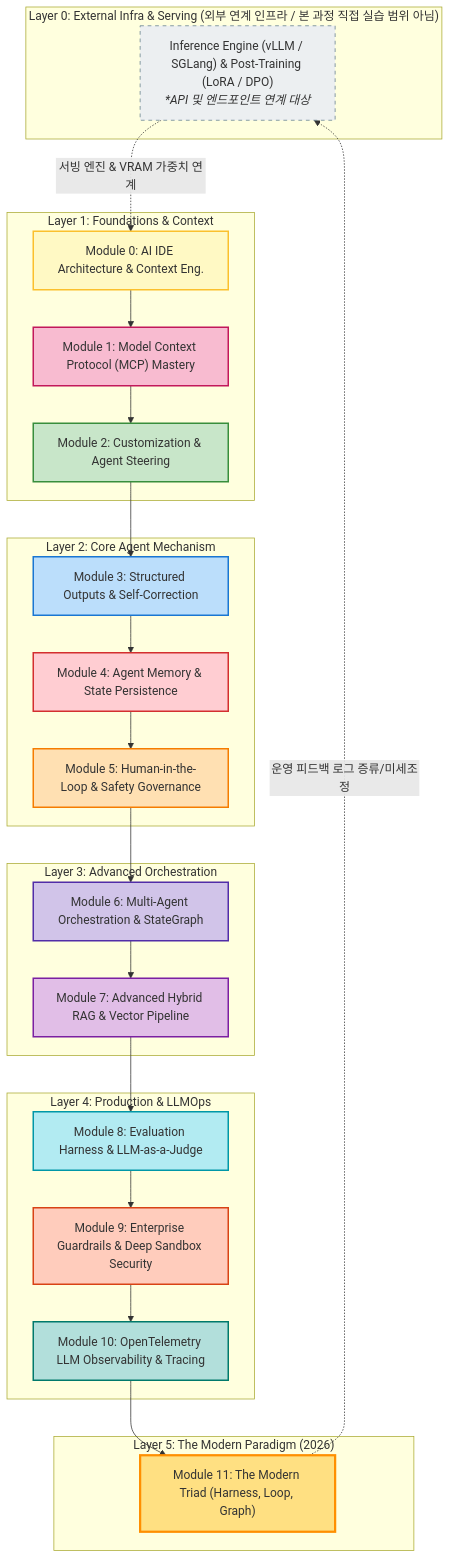
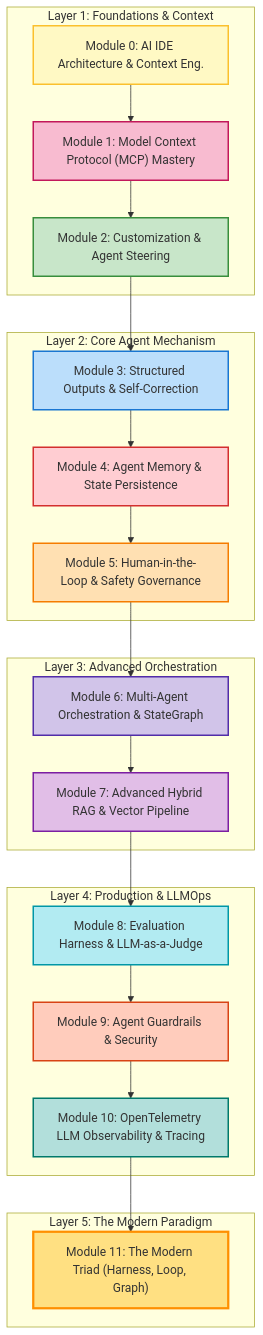
Before and after one commit to eooiea/AI-Engineering: the diagram in README.md, drawn with Mermaid. The commit also changed other lines of this file and 1 other file, not shown here.

````diff
--- a/README.md
+++ b/README.md
@@ -22,51 +21,44 @@
 ```mermaid
 graph TD
-    subgraph "Layer 0: External Infra & Serving (외부 연계 인프라 / 본 과정 직접 실습 범위 아님)"
-        L0["Inference Engine (vLLM / SGLang) & Post-Training (LoRA / DPO)<br/><i>*API 및 엔드포인트 연계 대상</i>"]
-    end
-
     subgraph "Layer 1: Foundations & Context"
         M0["Module 0: AI IDE Architecture & Context Eng."]
         M1["Module 1: Model Context Protocol (MCP) Mastery"]
         M2["Module 2: Customization & Agent Steering"]
     end
     
     subgraph "Layer 2: Core Agent Mechanism"
         M3["Module 3: Structured Outputs & Self-Correction"]
         M4["Module 4: Agent Memory & State Persistence"]
         M5["Module 5: Human-in-the-Loop & Safety Governance"]
     end
     
     subgraph "Layer 3: Advanced Orchestration"
         M6["Module 6: Multi-Agent Orchestration & StateGraph"]
         M7["Module 7: Advanced Hybrid RAG & Vector Pipeline"]
     end
     
     subgraph "Layer 4: Production & LLMOps"
         M8["Module 8: Evaluation Harness & LLM-as-a-Judge"]
-        M9["Module 9: Enterprise Guardrails & Deep Sandbox Security"]
+        M9["Module 9: Agent Guardrails & Security"]
         M10["Module 10: OpenTelemetry LLM Observability & Tracing"]
     end
 
-    subgraph "Layer 5: The Modern Paradigm (2026)"
+    subgraph "Layer 5: The Modern Paradigm"
         M11["Module 11: The Modern Triad (Harness, Loop, Graph)"]
     end
 
-    L0 -.->|서빙 엔진 & VRAM 가중치 연계| M0
     M0 --> M1 --> M2 --> M3 --> M4 --> M5 --> M6 --> M7 --> M8 --> M9 --> M10 --> M11
-    M11 -.->|운영 피드백 로그 증류/미세조정| L0
 
-    style L0 fill:#eceff1,stroke:#607d8b,stroke-dasharray: 5 5
     style M0 fill:#fff9c4,stroke:#fbc02d,stroke-width:2px
     style M1 fill:#f8bbd0,stroke:#c2185b,stroke-width:2px
     style M2 fill:#c8e6c9,stroke:#388e3c,stroke-width:2px
     style M3 fill:#bbdefb,stroke:#1976d2,stroke-width:2px
     style M4 fill:#ffcdd2,stroke:#d32f2f,stroke-width:2px
     style M5 fill:#ffe0b2,stroke:#f57c00,stroke-width:2px
     style M6 fill:#d1c4e9,stroke:#512da8,stroke-width:2px
     style M7 fill:#e1bee7,stroke:#7b1fa2,stroke-width:2px
     style M8 fill:#b2ebf2,stroke:#0097a7,stroke-width:2px
     style M9 fill:#ffccbc,stroke:#d84315,stroke-width:2px
     style M10 fill:#b2dfdb,stroke:#00796b,stroke-width:2px
     style M11 fill:#ffe082,stroke:#ff8f00,stroke-width:3px
 ```
````
